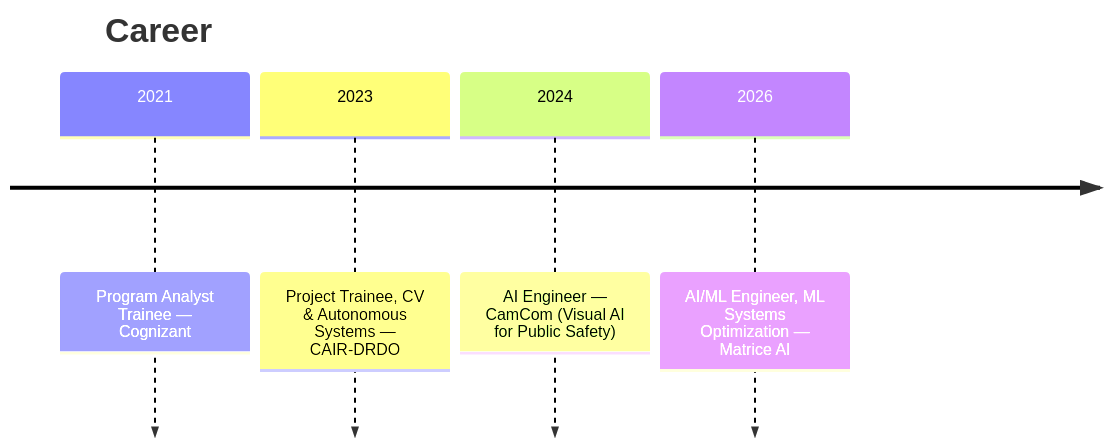
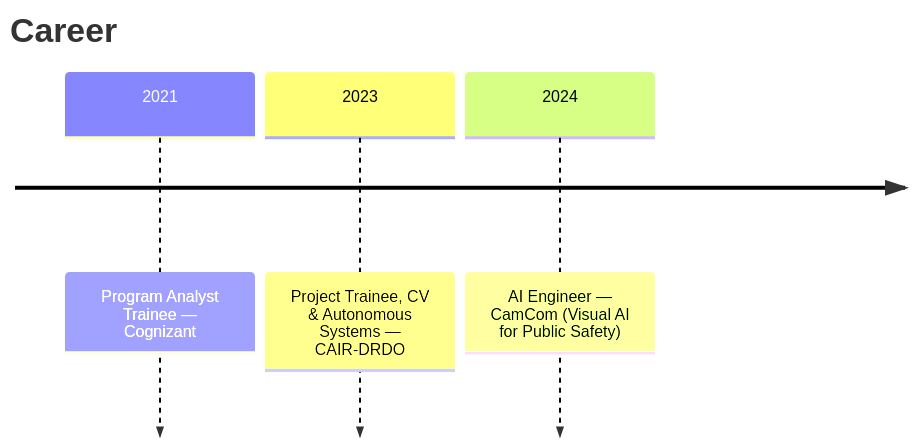
One commit to AGasthya283/AGasthya283 changed the diagram in README.md. Above: the diagram before and after it, drawn with Mermaid. The commit also changed other lines of this file, not shown here.

Commit message:
Remove Matrice references

````diff
--- a/README.md
+++ b/README.md
@@ -122,8 +122,7 @@
 ```mermaid
 timeline
     title Career
     2021 : Program Analyst Trainee — Cognizant
     2023 : Project Trainee, CV & Autonomous Systems — CAIR-DRDO
     2024 : AI Engineer — CamCom (Visual AI for Public Safety)
-    2026 : AI/ML Engineer, ML Systems Optimization — Matrice AI
 ```
````
